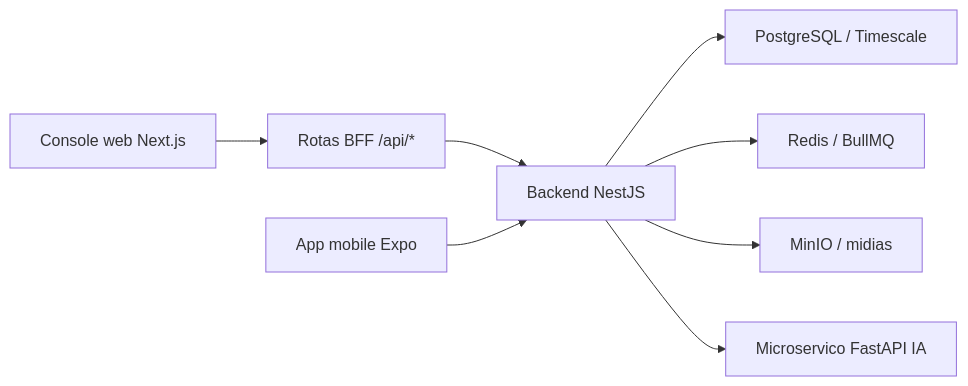
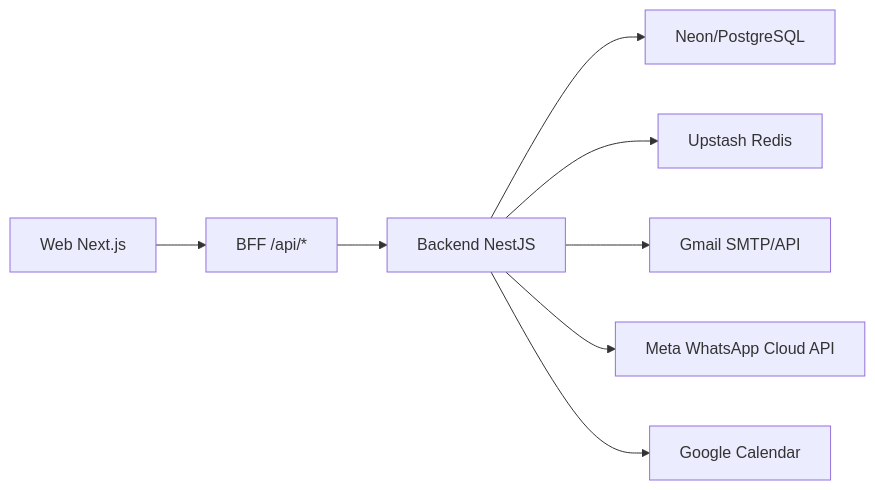
One commit to octanutri-clin/octaclin changed the diagram in HANDOFF-TECNICO-OCTACLIN.md. Above: the diagram before and after it, drawn with Mermaid. The commit also changed other lines of this file and 4 other files, not shown here.

````diff
--- a/HANDOFF-TECNICO-OCTACLIN.md
+++ b/HANDOFF-TECNICO-OCTACLIN.md
@@ -43,10 +62,10 @@
 ```mermaid
 flowchart LR
-  Browser["Console web Next.js"] --> BFF["Rotas BFF /api/*"]
+  Browser["Web Next.js"] --> BFF["BFF /api/*"]
   BFF --> API["Backend NestJS"]
-  Mobile["App mobile Expo"] --> API
-  API --> Postgres["PostgreSQL / Timescale"]
-  API --> Redis["Redis / BullMQ"]
-  API --> Minio["MinIO / midias"]
-  API --> IA["Microservico FastAPI IA"]
+  API --> Postgres["Neon/PostgreSQL"]
+  API --> Redis["Upstash Redis"]
+  API --> Gmail["Gmail SMTP/API"]
+  API --> Meta["Meta WhatsApp Cloud API"]
+  API --> GoogleCalendar["Google Calendar"]
 ```
````
